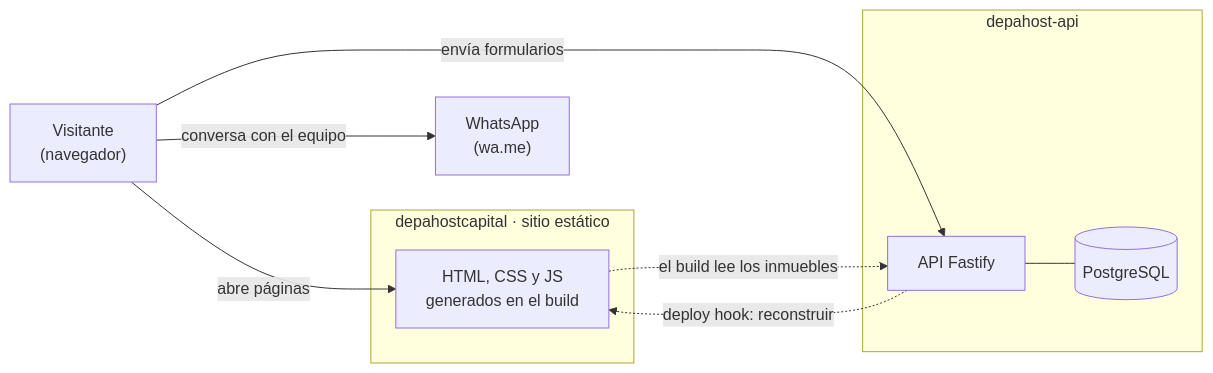
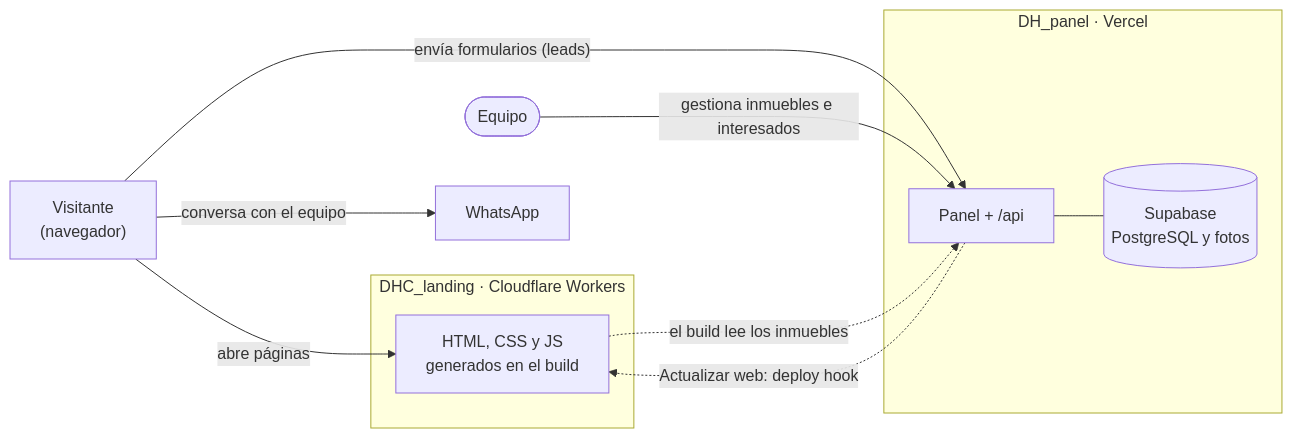
Before and after one commit to samirharrytl/DHC_landing: the diagram in docs/plataforma/README.md, drawn with Mermaid. The commit also changed other lines of this file and 94 other files, not shown here.

````diff
--- a/docs/plataforma/README.md
+++ b/docs/plataforma/README.md
@@ -46,19 +46,21 @@
 ```mermaid
 flowchart LR
     V["Visitante<br/>(navegador)"]
-    subgraph Sitio["depahostcapital · sitio estático"]
+    EQ(["Equipo"])
+    subgraph Sitio["DHC_landing · Cloudflare Workers"]
         H["HTML, CSS y JS<br/>generados en el build"]
     end
-    subgraph Backend["depahost-api"]
-        A["API Fastify"]
-        DB[("PostgreSQL")]
+    subgraph Panel["DH_panel · Vercel"]
+        A["Panel + /api"]
+        DB[("Supabase<br/>PostgreSQL y fotos")]
     end
-    W["WhatsApp<br/>(wa.me)"]
+    W["WhatsApp"]
 
     V -- "abre páginas" --> H
-    V -- "envía formularios" --> A
+    V -- "envía formularios (leads)" --> A
+    EQ -- "gestiona inmuebles e interesados" --> A
     A --- DB
     H -. "el build lee los inmuebles" .-> A
-    A -. "deploy hook: reconstruir" .-> H
+    A -. "Actualizar web: deploy hook" .-> H
     V -- "conversa con el equipo" --> W
 ```
````
